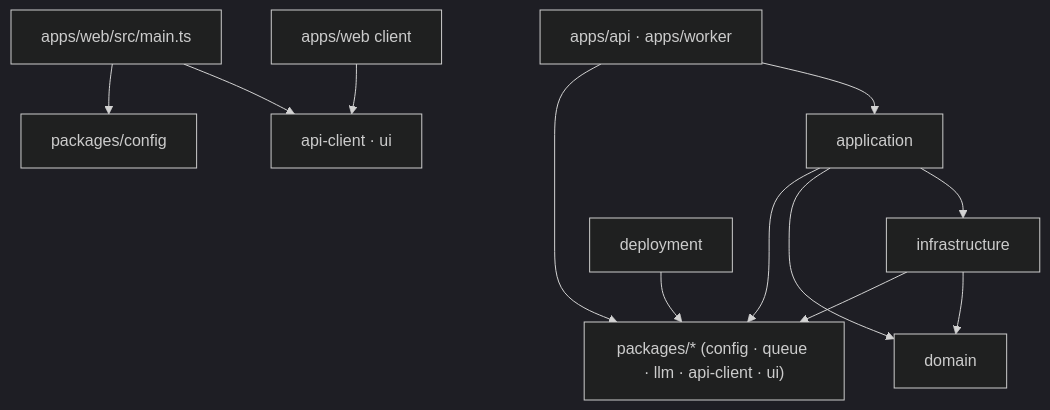
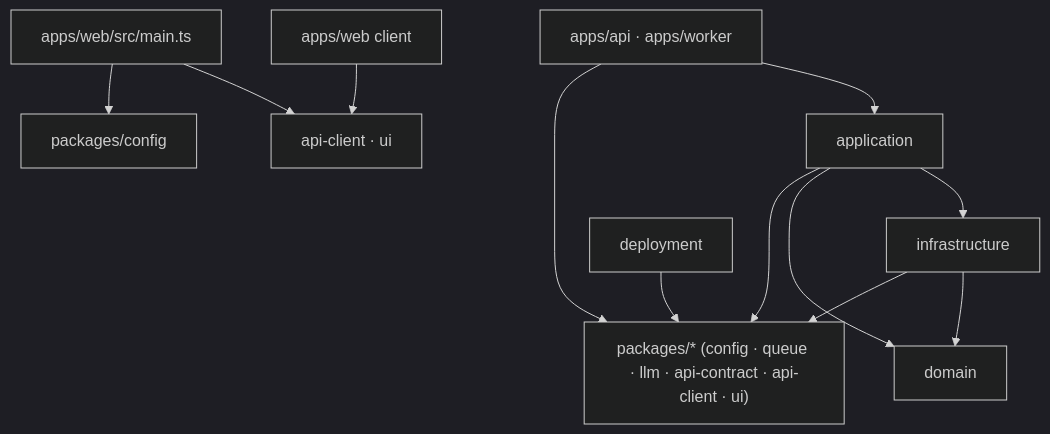
One commit to khotei/app-template changed the diagram in docs/knowledge/architecture.md. Above: the diagram before and after it, drawn with Mermaid (dark theme). The commit also changed 22 other files, not shown here.

````diff
--- a/docs/knowledge/architecture.md
+++ b/docs/knowledge/architecture.md
@@ -9,14 +9,14 @@
 ```mermaid
 graph TD
   apps["apps/api · apps/worker"] --> application
   application --> infrastructure
   infrastructure --> domain
   application --> domain
-  apps --> packages["packages/* (config · queue · llm · api-client · ui)"]
+  apps --> packages["packages/* (config · queue · llm · api-contract · api-client · ui)"]
   application --> packages
   infrastructure --> packages
   web["apps/web client"] --> clientPkgs["api-client · ui"]
   webMain["apps/web/src/main.ts"] --> clientPkgs
   webMain --> config["packages/config"]
   deployment --> packages
 ```
````
